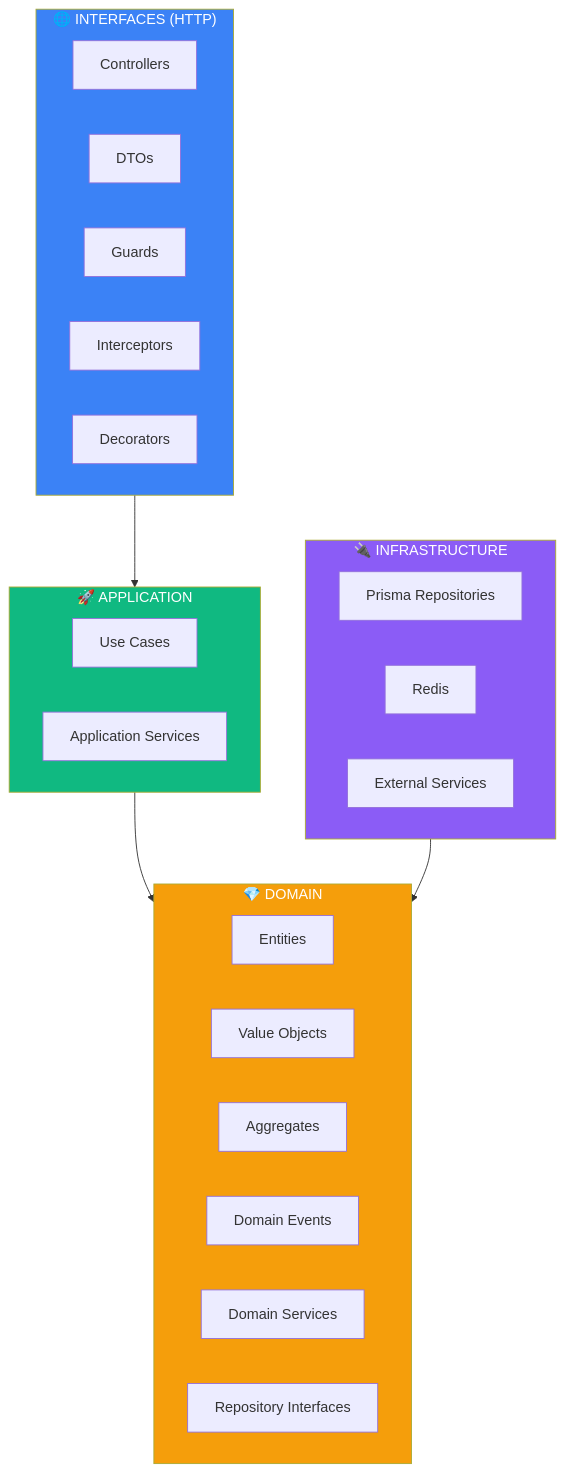
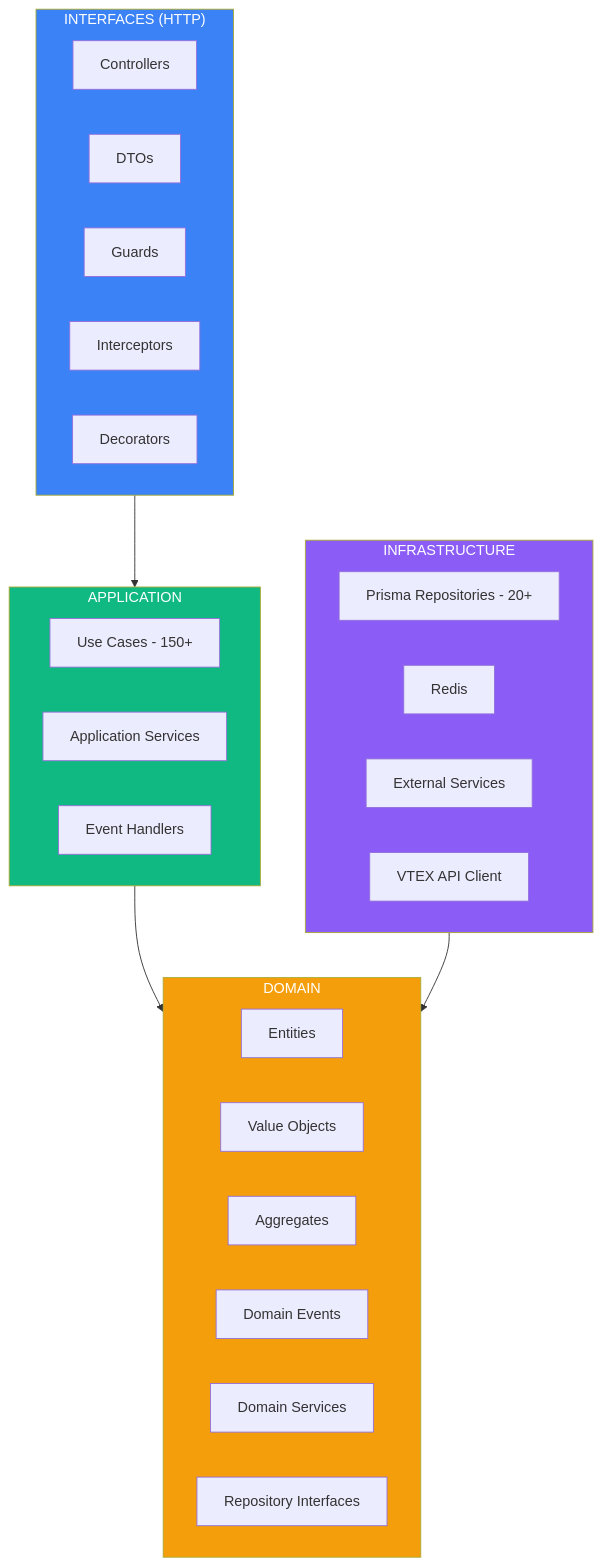
The first of 4 diagrams in README.md (CesarJOtizM/improved-parakeet), drawn with Mermaid before and after one commit. The commit also changed other lines of this file and 37 other files, not shown here.

````diff
--- a/README.md
+++ b/README.md
@@ -454,39 +428,41 @@
 ```mermaid
 flowchart TB
-    subgraph Interfaces["🌐 INTERFACES (HTTP)"]
+    subgraph Interfaces["INTERFACES (HTTP)"]
         Controllers
         DTOs
         Guards
         Interceptors
         Decorators
     end
 
-    subgraph Application["🚀 APPLICATION"]
-        UseCases[Use Cases]
+    subgraph Application["APPLICATION"]
+        UseCases[Use Cases - 150+]
         AppServices[Application Services]
+        EventHandlers[Event Handlers]
     end
 
-    subgraph Domain["💎 DOMAIN"]
+    subgraph Domain["DOMAIN"]
         Entities
         ValueObjects[Value Objects]
         Aggregates
         DomainEvents[Domain Events]
         DomainServices[Domain Services]
         Ports[Repository Interfaces]
     end
 
-    subgraph Infrastructure["🔌 INFRASTRUCTURE"]
-        PrismaRepos[Prisma Repositories]
+    subgraph Infrastructure["INFRASTRUCTURE"]
+        PrismaRepos[Prisma Repositories - 20+]
         Redis
         ExternalServices[External Services]
+        VtexClient[VTEX API Client]
     end
 
     Interfaces --> Application
     Application --> Domain
     Infrastructure --> Domain
 
     style Interfaces fill:#3b82f6,color:#fff
     style Application fill:#10b981,color:#fff
     style Domain fill:#f59e0b,color:#fff
     style Infrastructure fill:#8b5cf6,color:#fff
 ```
````
